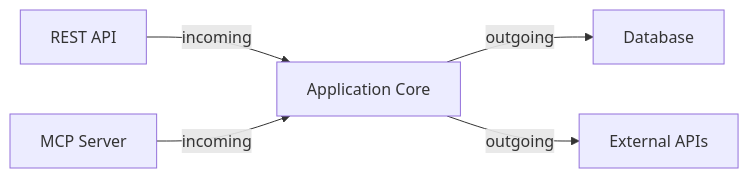
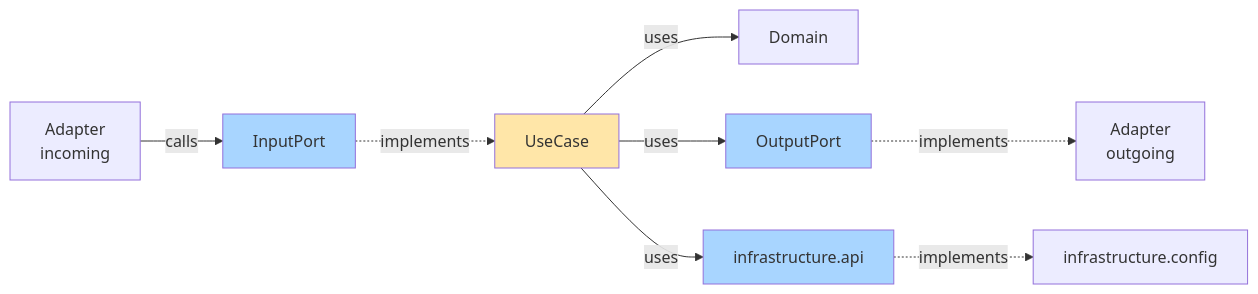
The diagram in slides/slides.md (chbloemer/dca-ecommerce-sample), drawn with Mermaid before and after one commit. The commit also changed other lines of this file and 1 other file, not shown here.

````diff
--- a/slides/slides.md
+++ b/slides/slides.md
@@ -110,7 +693,15 @@
 ```mermaid
 graph LR
-    A[REST API] -->|incoming| B[Application Core]
-    B -->|outgoing| C[Database]
-    B -->|outgoing| D[External APIs]
-    E[MCP Server] -->|incoming| B
+    A[Adapter<br/>incoming] -->|calls| B[InputPort]
+    B -.implements.-> C[UseCase]
+    C -->|uses| D[Domain]
+    C -->|uses| E[OutputPort]
+    C -->|uses| F[infrastructure.api]
+    E -.implements.-> G[Adapter<br/>outgoing]
+    F -.implements.-> H[infrastructure.config]
+
+    style B fill:#a8d5ff
+    style E fill:#a8d5ff
+    style F fill:#a8d5ff
+    style C fill:#ffe6a8
 ```
````
